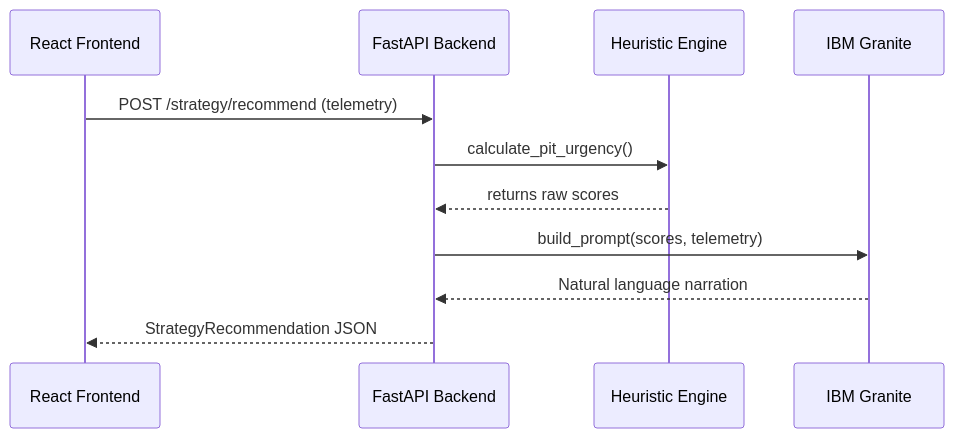
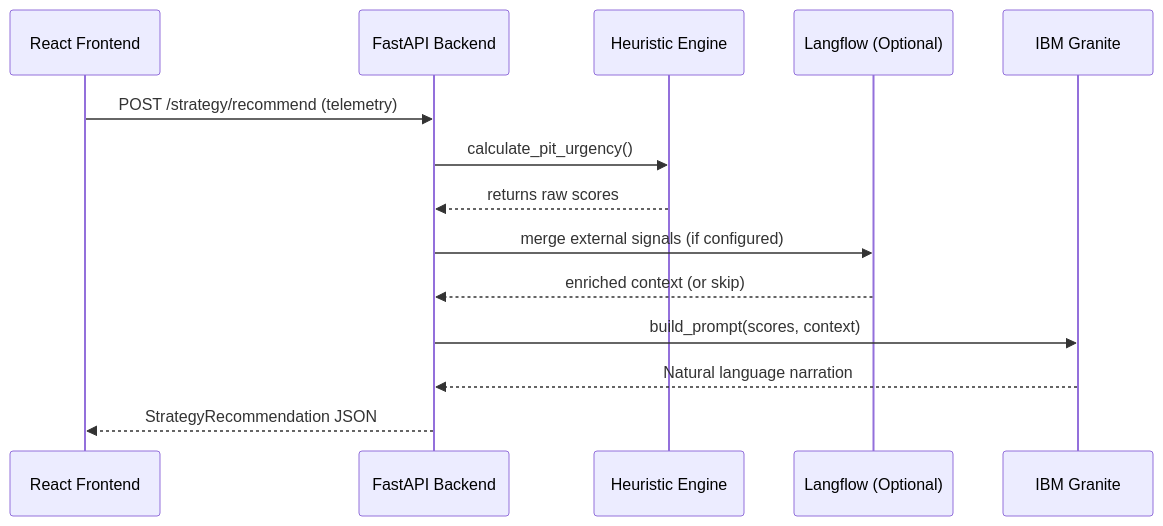
One commit to rohilkohli/pitMind changed the second of 3 diagrams in docs/architecture.md. Above: the diagram before and after it, drawn with Mermaid. The commit also changed other lines of this file and 2 other files, not shown here.

Commit message:
docs: add architecture documentation and enhance README with IBM technology deep dive and value proposition

````diff
--- a/docs/architecture.md
+++ b/docs/architecture.md
@@ -97,14 +97,17 @@
 ```mermaid
 sequenceDiagram
     participant UI as React Frontend
     participant API as FastAPI Backend
     participant Score as Heuristic Engine
+    participant LF as Langflow (Optional)
     participant Granite as IBM Granite
     
     UI->>API: POST /strategy/recommend (telemetry)
     API->>Score: calculate_pit_urgency()
     Score-->>API: returns raw scores
-    API->>Granite: build_prompt(scores, telemetry)
+    API->>LF: merge external signals (if configured)
+    LF-->>API: enriched context (or skip)
+    API->>Granite: build_prompt(scores, context)
     Granite-->>API: Natural language narration
     API-->>UI: StrategyRecommendation JSON
 ```
````
